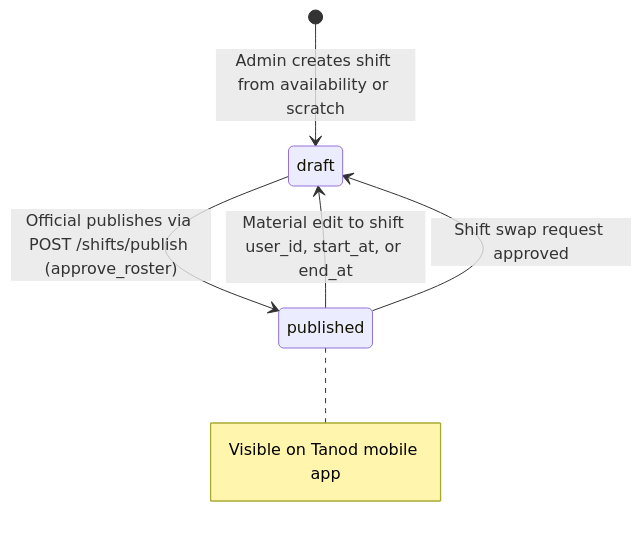
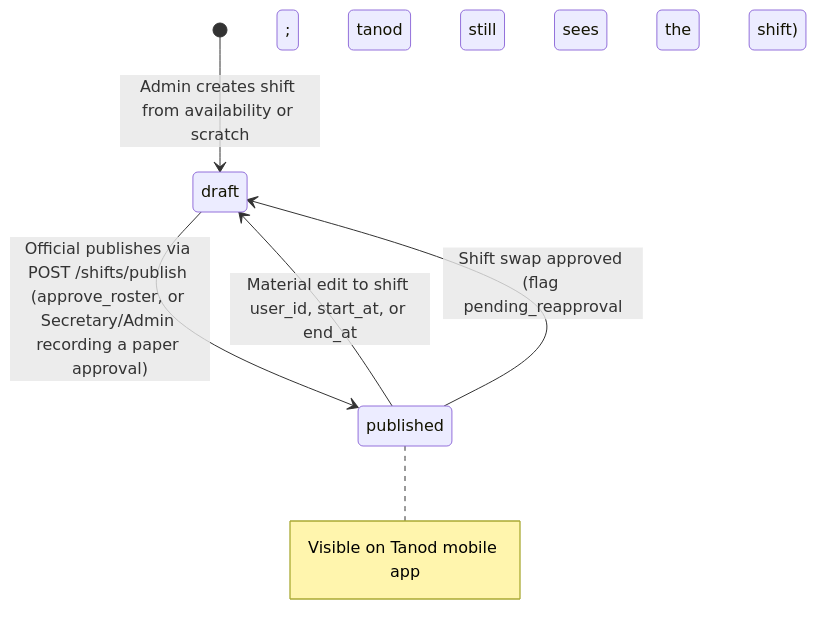
Before and after one commit to jpbuenosaires/Baranguard: the ninth of 12 diagrams in docs/WORKFLOWS_AND_RULES.md, drawn with Mermaid. The commit also changed other lines of this file, not shown here.

Commit message:
[Docs] Workflows & Rules: reconcile with Wave 1-3 (offers, paper approvals, Chief Tanod, retired citizen form)

````diff
--- a/docs/WORKFLOWS_AND_RULES.md
+++ b/docs/WORKFLOWS_AND_RULES.md
@@ -309,10 +313,10 @@
 ```mermaid
 stateDiagram-v2
     [*] --> draft : Admin creates shift from availability or scratch
-    draft --> published : Official publishes via POST /shifts/publish (approve_roster)
+    draft --> published : Official publishes via POST /shifts/publish (approve_roster, or Secretary/Admin recording a paper approval)
     
     published --> draft : Material edit to shift user_id, start_at, or end_at
-    published --> draft : Shift swap request approved
+    published --> draft : Shift swap approved (flag pending_reapproval; tanod still sees the shift)
     
     note right of published : Visible on Tanod mobile app
 ```
````
